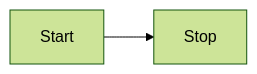
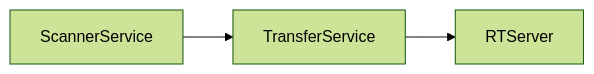
Before and after one commit to sync-different/alt-core-docs: the first of 2 diagrams in Mainflow.md, drawn with Mermaid (forest theme).

````diff
--- a/Mainflow.md
+++ b/Mainflow.md
@@ -17,4 +17,5 @@
 ```mermaid
 flowchart LR
-    Start --> Stop
+    ScannerService --> TransferService 
+    TransferService --> RTServer
 ```
````
